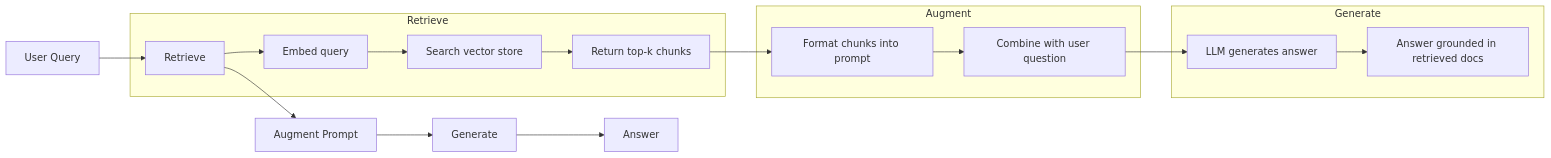
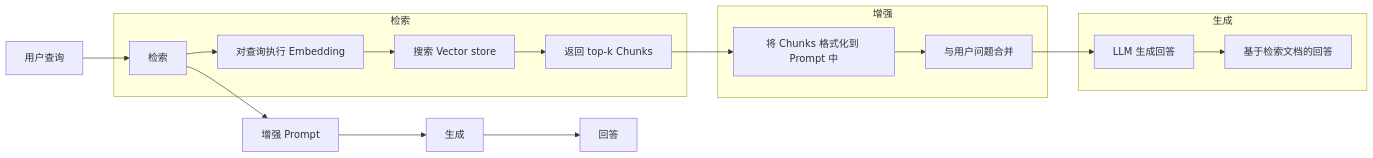
Before and after one commit to cluster1900/ai-engineering-from-scratch-zh: the first of 2 diagrams in phases/11-llm-engineering/06-rag/docs/en.md, drawn with Mermaid. The commit also changed other lines of this file and 1 other file, not shown here.

````diff
--- a/phases/11-llm-engineering/06-rag/docs/en.md
+++ b/phases/11-llm-engineering/06-rag/docs/en.md
@@ -29,23 +32,23 @@
 ```mermaid
 graph LR
-    Q["User Query"] --> R["Retrieve"]
-    R --> A["Augment Prompt"]
-    A --> G["Generate"]
-    G --> Ans["Answer"]
+    Q["用户查询"] --> R["检索"]
+    R --> A["增强 Prompt"]
+    A --> G["生成"]
+    G --> Ans["回答"]
 
-    subgraph "Retrieve"
-        R --> Embed["Embed query"]
-        Embed --> Search["Search vector store"]
-        Search --> TopK["Return top-k chunks"]
+    subgraph "检索"
+        R --> Embed["对查询执行 Embedding"]
+        Embed --> Search["搜索 Vector store"]
+        Search --> TopK["返回 top-k Chunks"]
     end
 
-    subgraph "Augment"
-        TopK --> Format["Format chunks into prompt"]
-        Format --> Combine["Combine with user question"]
+    subgraph "增强"
+        TopK --> Format["将 Chunks 格式化到 Prompt 中"]
+        Format --> Combine["与用户问题合并"]
     end
 
-    subgraph "Generate"
-        Combine --> LLM["LLM generates answer"]
-        LLM --> Cite["Answer grounded in retrieved docs"]
+    subgraph "生成"
+        Combine --> LLM["LLM 生成回答"]
+        LLM --> Cite["基于检索文档的回答"]
     end
 ```
````
